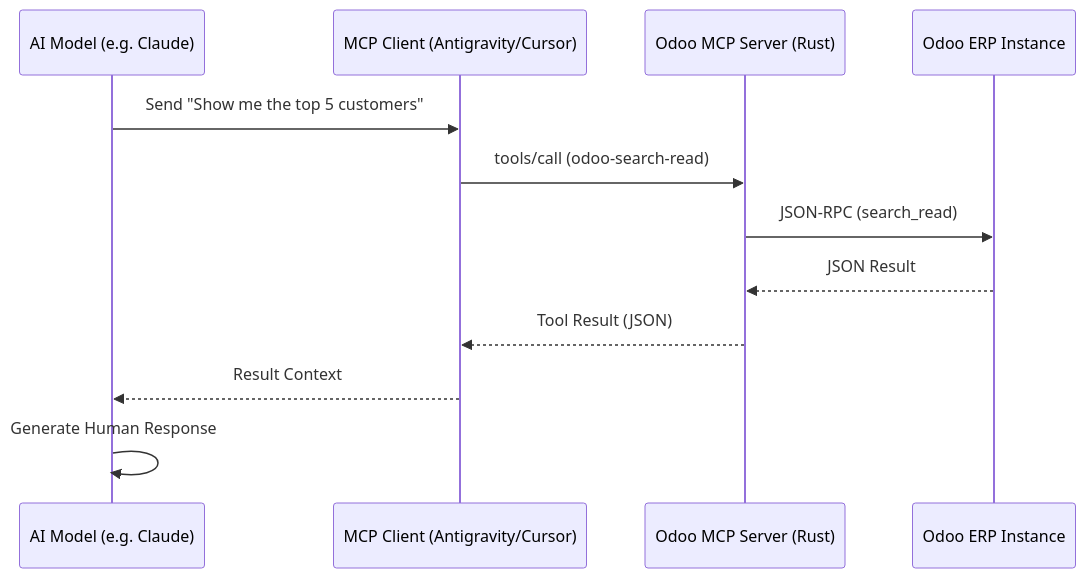
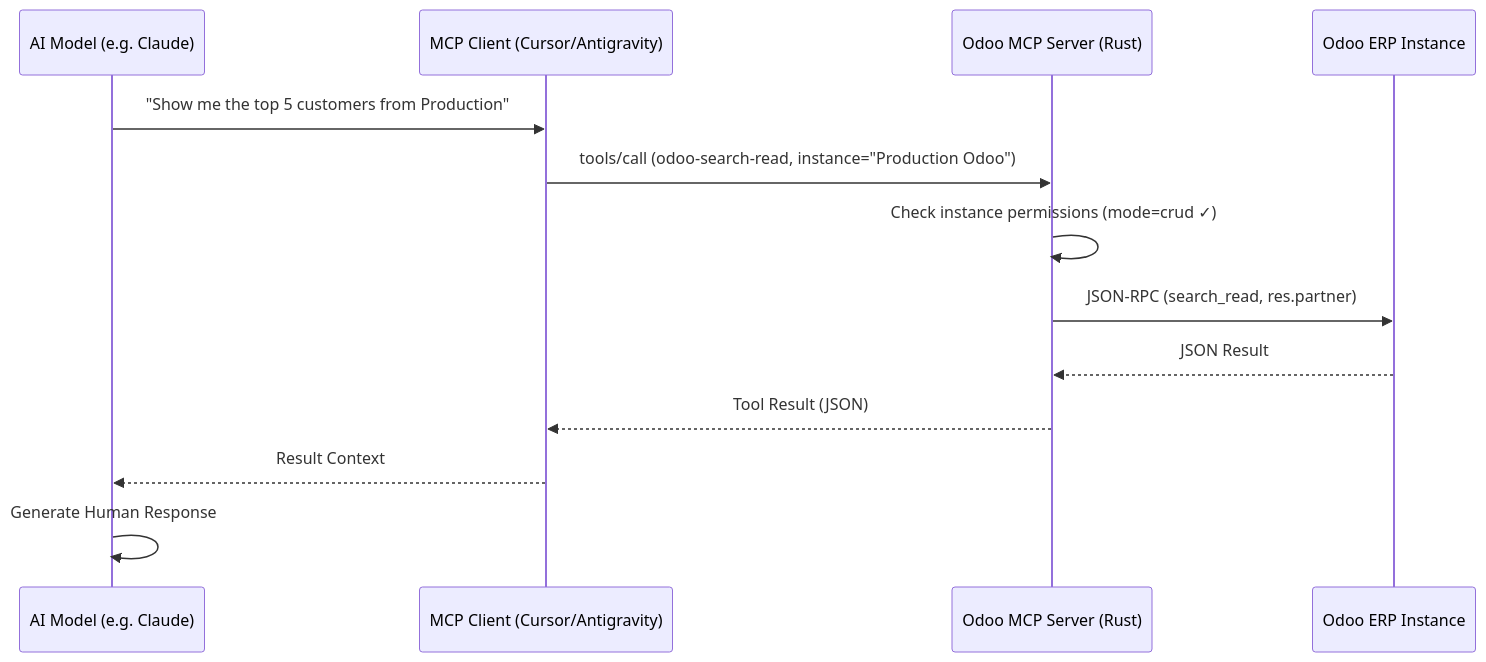
One commit to dimastriann/odoo-erp-mcp changed the diagram in README.md. Above: the diagram before and after it, drawn with Mermaid. The commit also changed other lines of this file and 9 other files, not shown here.

````diff
--- a/README.md
+++ b/README.md
@@ -55,15 +143,16 @@
 ```mermaid
 sequenceDiagram
     participant AI as AI Model (e.g. Claude)
-    participant Client as MCP Client (Antigravity/Cursor)
+    participant Client as MCP Client (Cursor/Antigravity)
     participant Server as Odoo MCP Server (Rust)
     participant Odoo as Odoo ERP Instance
 
-    AI->>Client: Send "Show me the top 5 customers"
-    Client->>Server: tools/call (odoo-search-read)
-    Server->>Odoo: JSON-RPC (search_read)
+    AI->>Client: "Show me the top 5 customers from Production"
+    Client->>Server: tools/call (odoo-search-read, instance="Production Odoo")
+    Server->>Server: Check instance permissions (mode=crud ✓)
+    Server->>Odoo: JSON-RPC (search_read, res.partner)
     Odoo-->>Server: JSON Result
     Server-->>Client: Tool Result (JSON)
     Client-->>AI: Result Context
     AI->>AI: Generate Human Response
 ```
````
